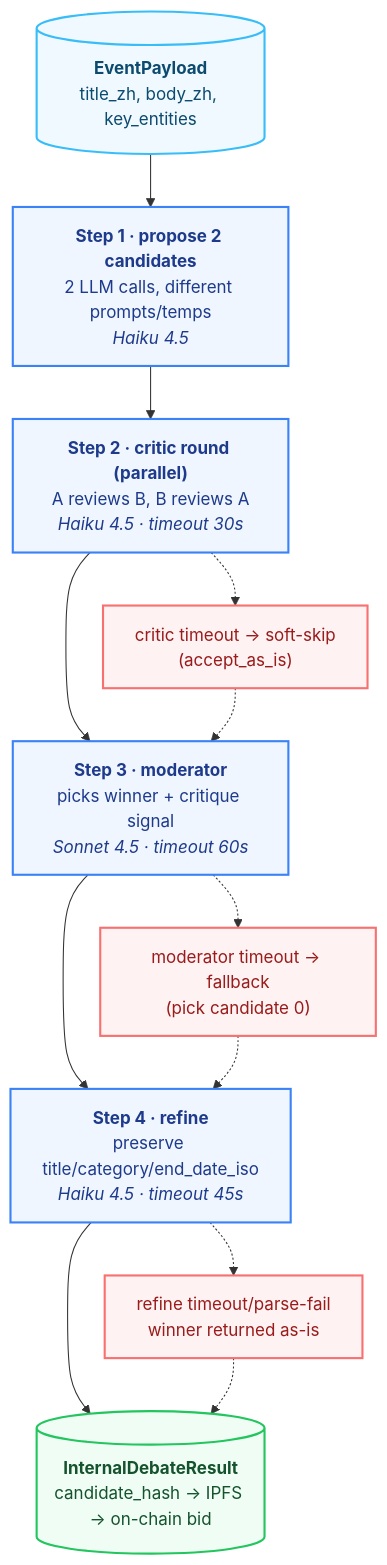
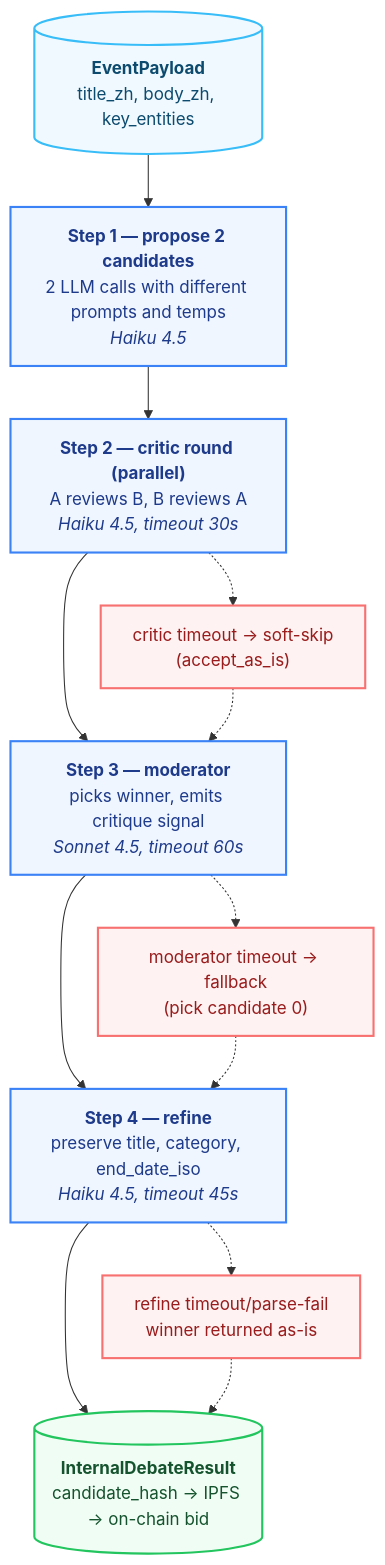
The tenth of 12 diagrams in README.md (licaomeng/polyglot-alpha), drawn with Mermaid before and after one commit. The commit also changed other lines of this file, not shown here.

First line of the commit message:
docs(readme): replace · word-lists inside mermaid nodes with phrases

````diff
--- a/README.md
+++ b/README.md
@@ -717,23 +717,23 @@
 ```mermaid
 flowchart TD
     classDef step fill:#EFF6FF, stroke:#3B82F6, color:#1E3A8A, stroke-width:2px
     classDef out fill:#F0FDF4, stroke:#22C55E, color:#14532D, stroke-width:2px
     classDef fail fill:#FEF2F2, stroke:#F87171, color:#991B1B, stroke-width:2px
     classDef data fill:#F0F9FF, stroke:#38BDF8, color:#0C4A6E, stroke-width:2px
 
     E[("<b>EventPayload</b><br/>title_zh, body_zh, key_entities")]:::data
-    P1["<b>Step 1 · propose 2 candidates</b><br/>2 LLM calls, different prompts/temps<br/><i>Haiku 4.5</i>"]:::step
-    P2["<b>Step 2 · critic round (parallel)</b><br/>A reviews B, B reviews A<br/><i>Haiku 4.5 · timeout 30s</i>"]:::step
-    P3["<b>Step 3 · moderator</b><br/>picks winner + critique signal<br/><i>Sonnet 4.5 · timeout 60s</i>"]:::step
-    P4["<b>Step 4 · refine</b><br/>preserve title/category/end_date_iso<br/><i>Haiku 4.5 · timeout 45s</i>"]:::step
+    P1["<b>Step 1 — propose 2 candidates</b><br/>2 LLM calls with different prompts and temps<br/><i>Haiku 4.5</i>"]:::step
+    P2["<b>Step 2 — critic round (parallel)</b><br/>A reviews B, B reviews A<br/><i>Haiku 4.5, timeout 30s</i>"]:::step
+    P3["<b>Step 3 — moderator</b><br/>picks winner, emits critique signal<br/><i>Sonnet 4.5, timeout 60s</i>"]:::step
+    P4["<b>Step 4 — refine</b><br/>preserve title, category, end_date_iso<br/><i>Haiku 4.5, timeout 45s</i>"]:::step
     O[("<b>InternalDebateResult</b><br/>candidate_hash → IPFS → on-chain bid")]:::out
 
     F1["critic timeout → soft-skip<br/>(accept_as_is)"]:::fail
     F2["moderator timeout → fallback<br/>(pick candidate 0)"]:::fail
     F3["refine timeout/parse-fail<br/>winner returned as-is"]:::fail
 
     E --> P1 --> P2 --> P3 --> P4 --> O
     P2 -.-> F1 -.-> P3
     P3 -.-> F2 -.-> P4
     P4 -.-> F3 -.-> O
 ```
````
